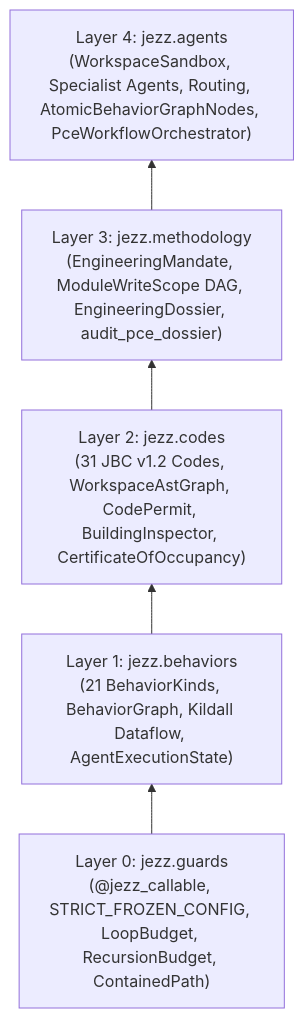
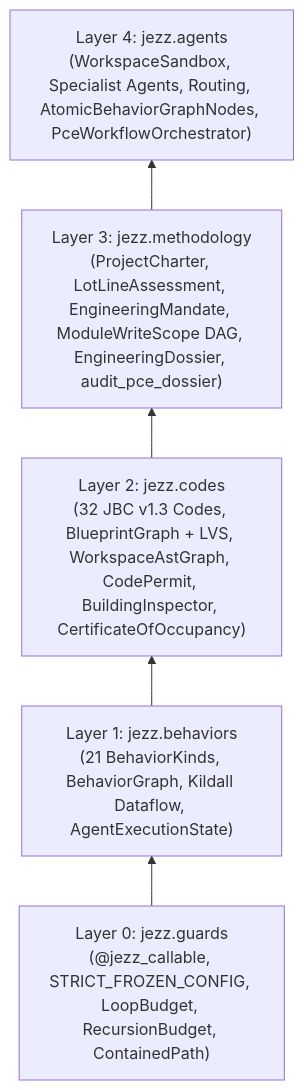
Before and after one commit to futileandstupid/jezz: the first of 2 diagrams in docs/pillar-4-pydantic-ai-runtime.md, drawn with Mermaid. The commit also changed other lines of this file and 7 other files, not shown here.

Commit message:
docs(v0.5.0): update README, pillars, whitepaper, and release workflow for JBC v1.3 and Blueprint LVS

````diff
--- a/docs/pillar-4-pydantic-ai-runtime.md
+++ b/docs/pillar-4-pydantic-ai-runtime.md
@@ -16,10 +16,10 @@
 ```mermaid
 flowchart BT
     L0["Layer 0: jezz.guards\n(@jezz_callable, STRICT_FROZEN_CONFIG, LoopBudget, RecursionBudget, ContainedPath)"]
     L1["Layer 1: jezz.behaviors\n(21 BehaviorKinds, BehaviorGraph, Kildall Dataflow, AgentExecutionState)"]
-    L2["Layer 2: jezz.codes\n(31 JBC v1.2 Codes, WorkspaceAstGraph, CodePermit, BuildingInspector, CertificateOfOccupancy)"]
-    L3["Layer 3: jezz.methodology\n(EngineeringMandate, ModuleWriteScope DAG, EngineeringDossier, audit_pce_dossier)"]
+    L2["Layer 2: jezz.codes\n(32 JBC v1.3 Codes, BlueprintGraph + LVS, WorkspaceAstGraph, CodePermit, BuildingInspector, CertificateOfOccupancy)"]
+    L3["Layer 3: jezz.methodology\n(ProjectCharter, LotLineAssessment, EngineeringMandate, ModuleWriteScope DAG, EngineeringDossier, audit_pce_dossier)"]
     L4["Layer 4: jezz.agents\n(WorkspaceSandbox, Specialist Agents, Routing, AtomicBehaviorGraphNodes, PceWorkflowOrchestrator)"]
 
     L0 --> L1 --> L2 --> L3 --> L4
 ```
````
